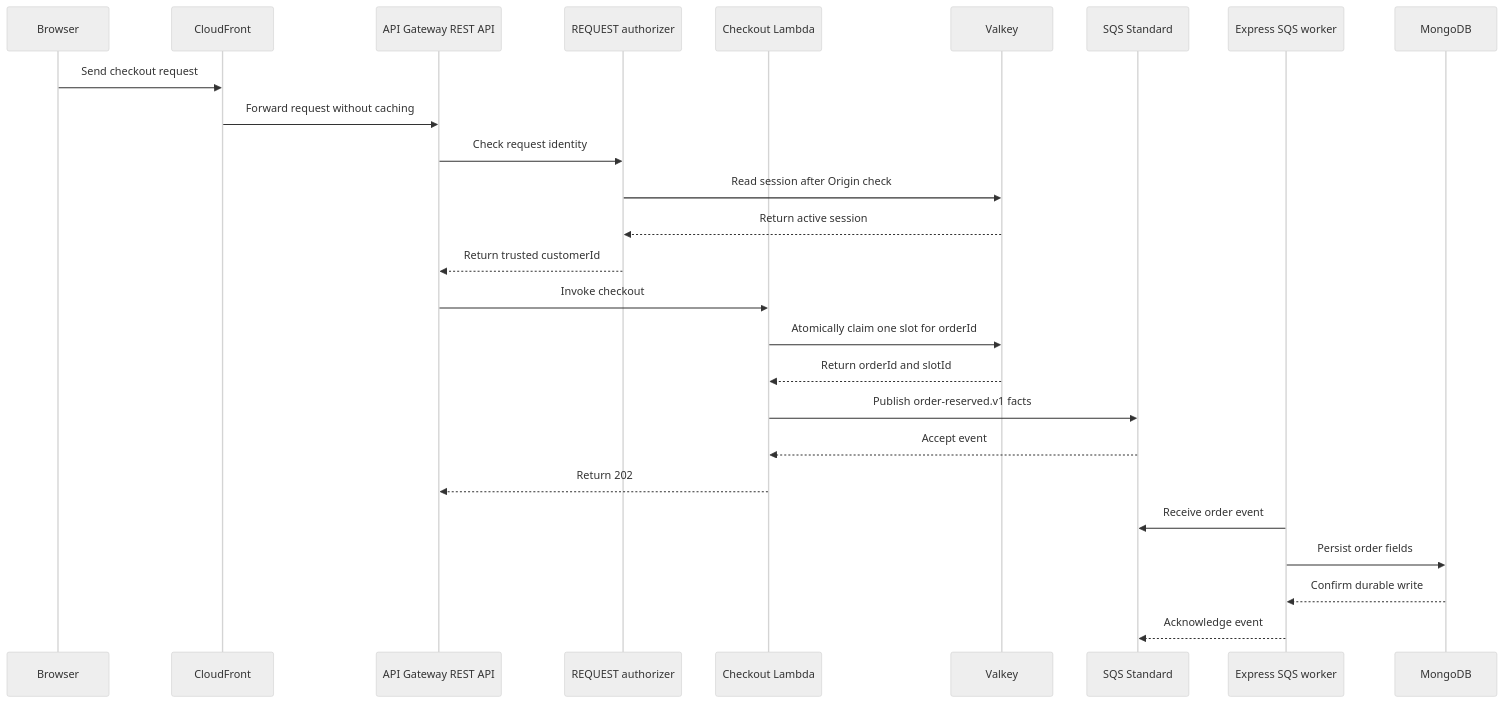
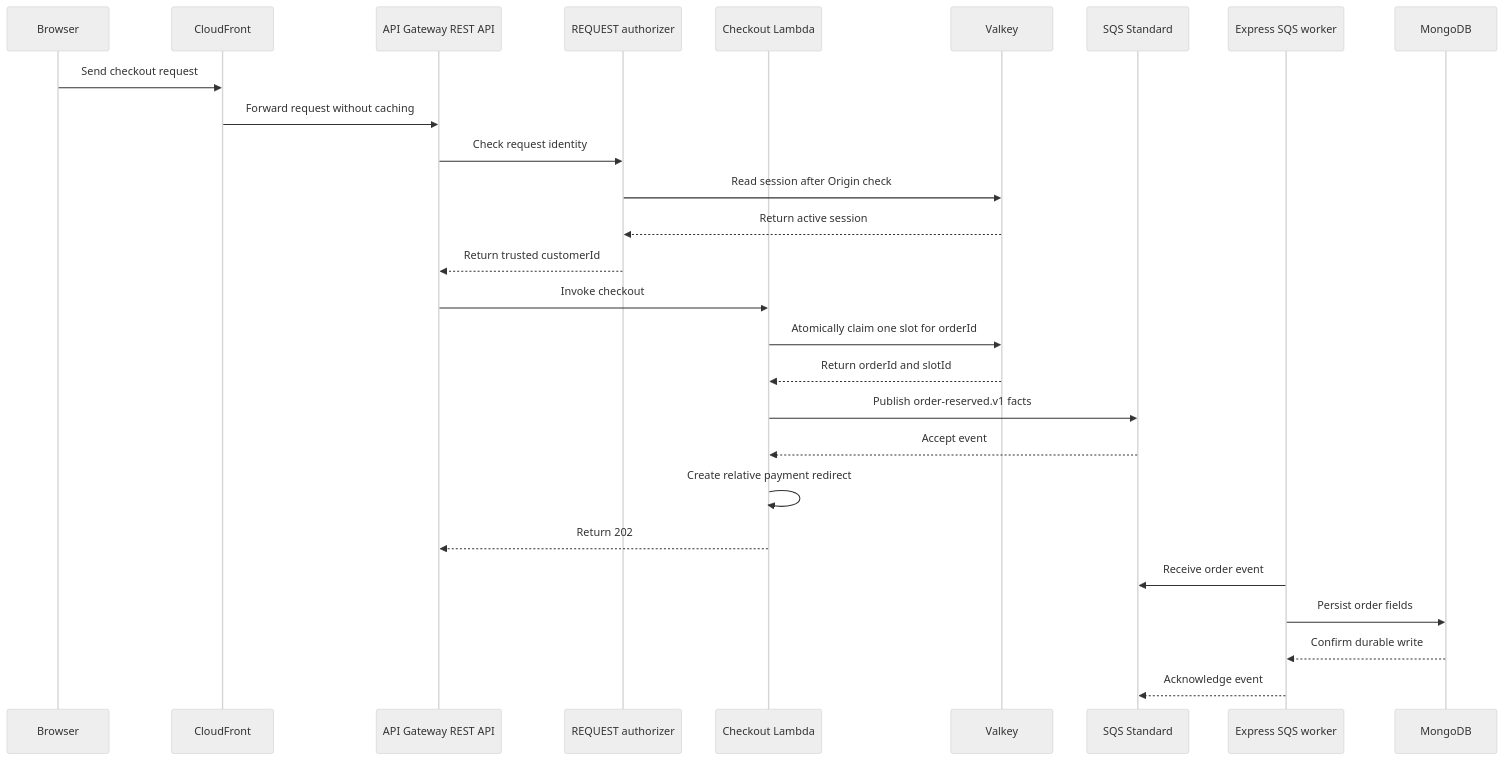
Before and after one commit to rantingmong/bookipi-test: the diagram in docs/system-design.md, drawn with Mermaid (neutral theme). The commit also changed other lines of this file and 49 other files, not shown here.

````diff
--- a/docs/system-design.md
+++ b/docs/system-design.md
@@ -9,28 +9,29 @@
 ```mermaid
 sequenceDiagram
     participant B as Browser
     participant F as CloudFront
     participant A as API Gateway REST API
     participant H as REQUEST authorizer
     participant L as Checkout Lambda
     participant V as Valkey
     participant Q as SQS Standard
     participant W as Express SQS worker
     participant M as MongoDB
     B->>F: Send checkout request
     F->>A: Forward request without caching
     A->>H: Check request identity
     H->>V: Read session after Origin check
     V-->>H: Return active session
     H-->>A: Return trusted customerId
     A->>L: Invoke checkout
     L->>V: Atomically claim one slot for orderId
     V-->>L: Return orderId and slotId
     L->>Q: Publish order-reserved.v1 facts
     Q-->>L: Accept event
+    L->>L: Create relative payment redirect
     L-->>A: Return 202
     W->>Q: Receive order event
     W->>M: Persist order fields
     M-->>W: Confirm durable write
     W-->>Q: Acknowledge event
 ```
````
